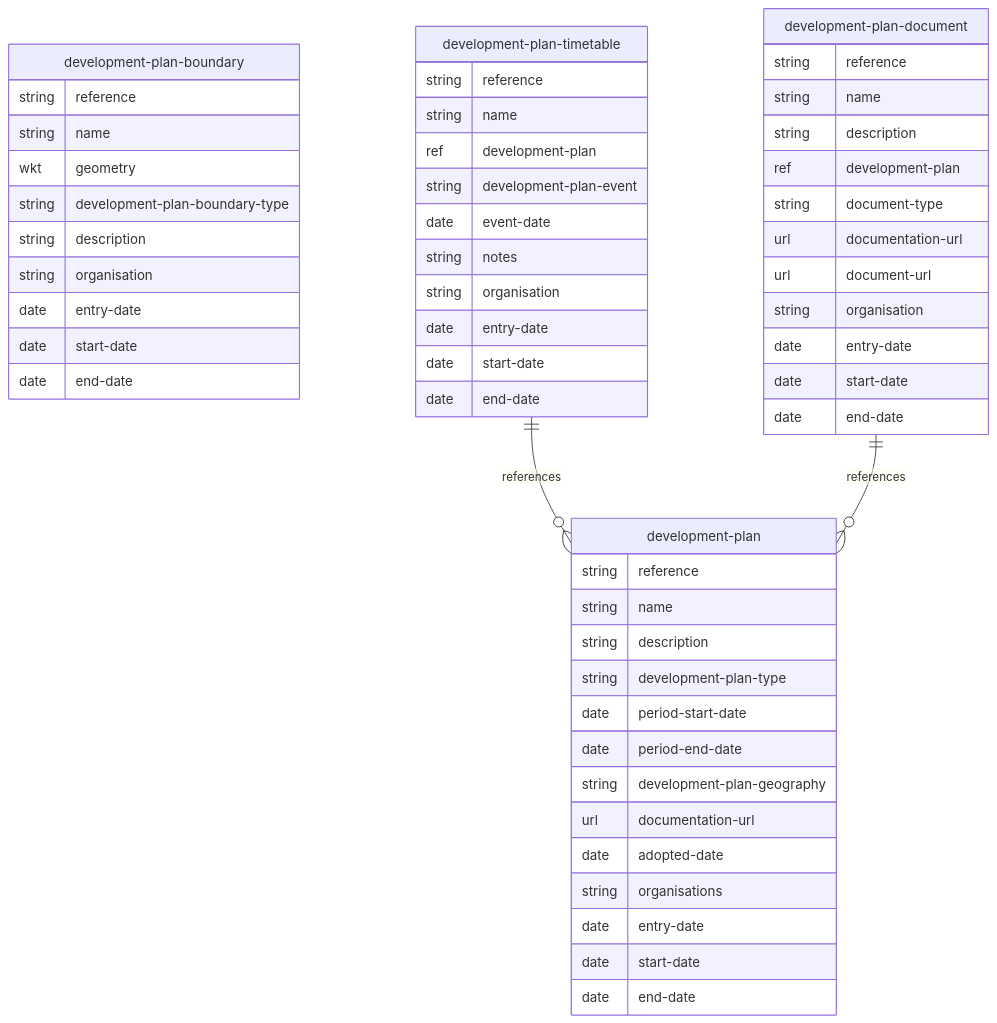
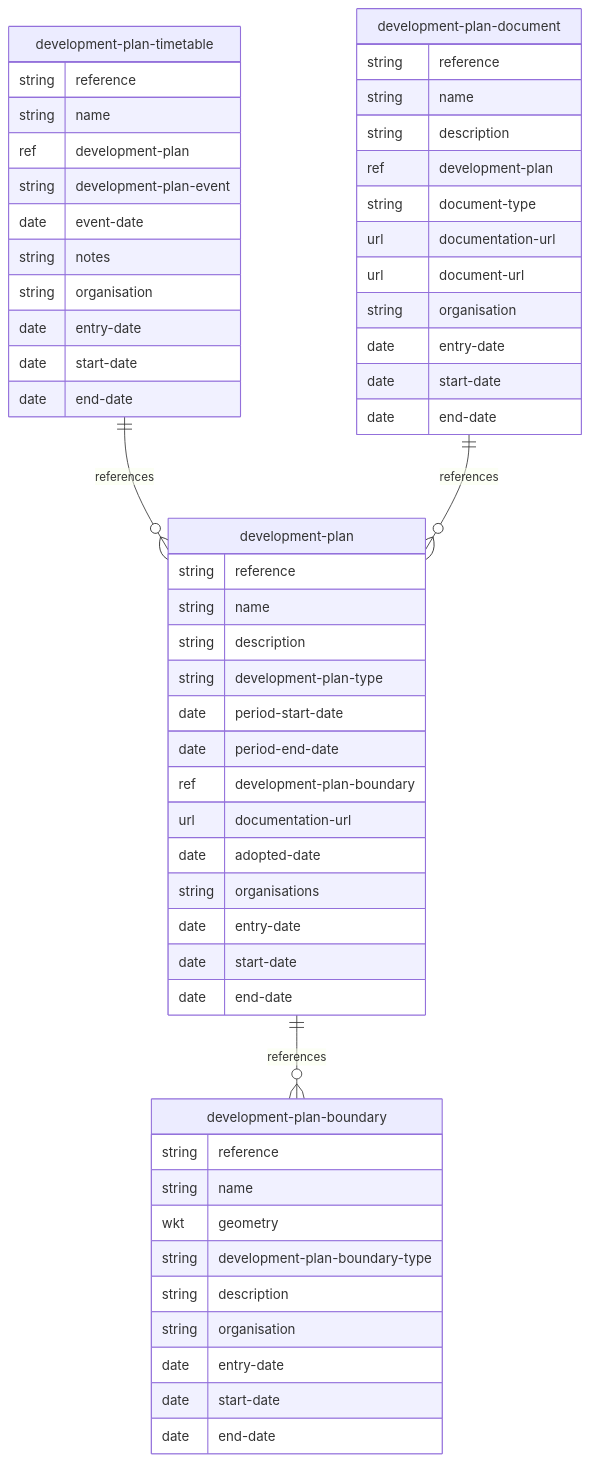
One commit to digital-land/specification changed the diagram in docs/mermaid/development-plan.md. Above: the diagram before and after it, drawn with Mermaid. The commit also changed 21 other files, not shown here.

````diff
--- a/docs/mermaid/development-plan.md
+++ b/docs/mermaid/development-plan.md
@@ -4,56 +4,57 @@
 ```mermaid
 erDiagram
     development-plan-boundary {
         string reference
         string name
         wkt geometry
         string development-plan-boundary-type
         string description
         string organisation
         date entry-date
         date start-date
         date end-date
     }
     development-plan {
         string reference
         string name
         string description
         string development-plan-type
         date period-start-date
         date period-end-date
-        string development-plan-geography
+        ref development-plan-boundary
         url documentation-url
         date adopted-date
         string organisations
         date entry-date
         date start-date
         date end-date
     }
     development-plan-timetable {
         string reference
         string name
         ref development-plan
         string development-plan-event
         date event-date
         string notes
         string organisation
         date entry-date
         date start-date
         date end-date
     }
     development-plan-document {
         string reference
         string name
         string description
         ref development-plan
         string document-type
         url documentation-url
         url document-url
         string organisation
         date entry-date
         date start-date
         date end-date
     }
+    development-plan ||--o{ development-plan-boundary : references
     development-plan-timetable ||--o{ development-plan : references
     development-plan-document ||--o{ development-plan : references
 ```
````
